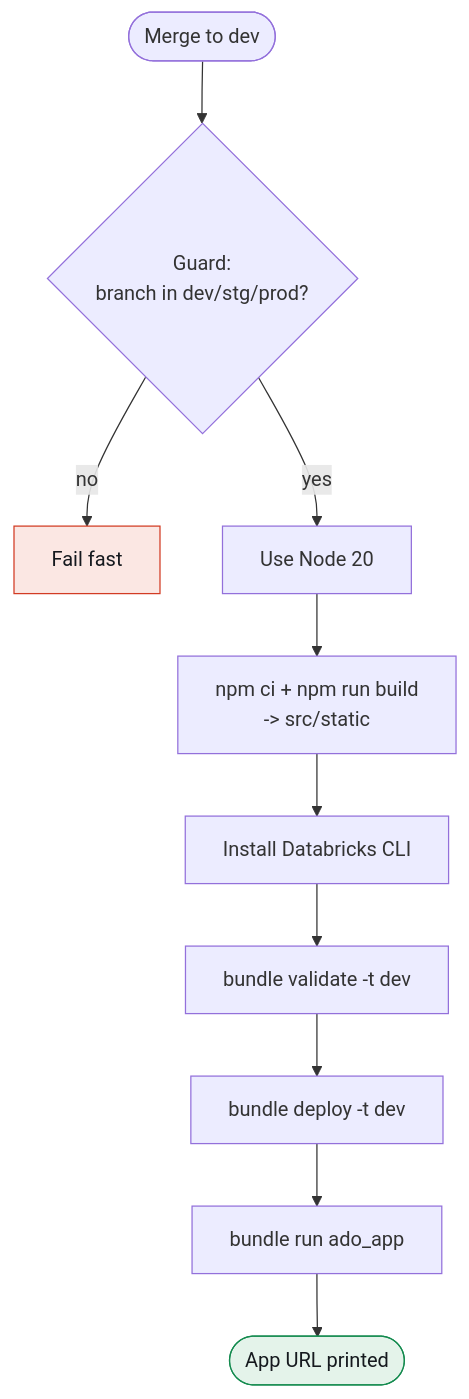
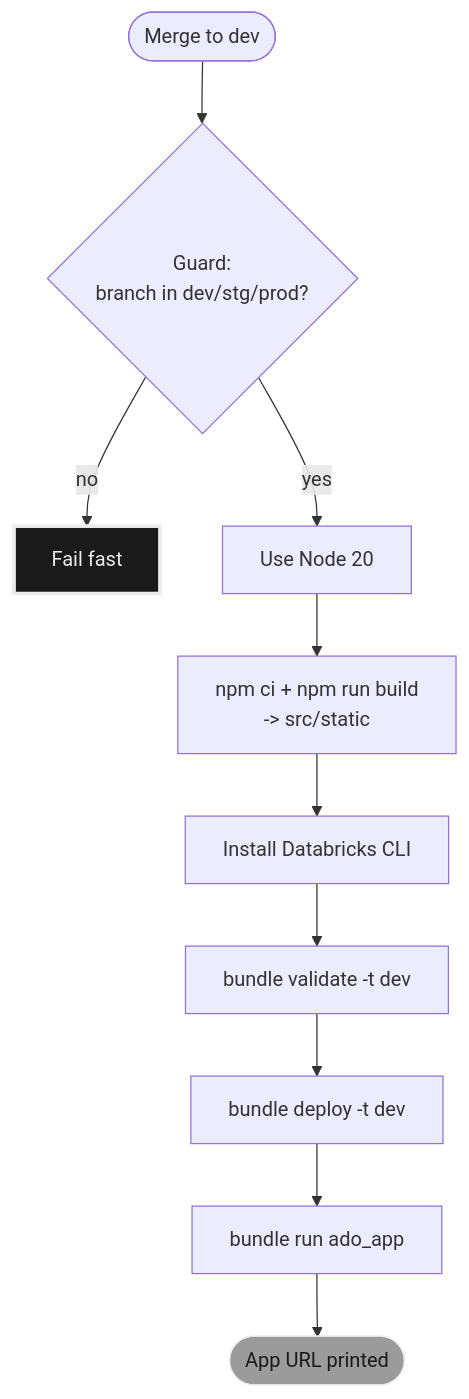
One commit to jpaladini/jpaladini changed the third of 4 diagrams in src/content/blog/building-ado-companion.md. Above: the diagram before and after it, drawn with Mermaid. The commit also changed other lines of this file and 7 other files, not shown here.

First line of the commit message:
Fix diagram error, grey diagram palette, home diagram scroll, service dates

````diff
--- a/src/content/blog/building-ado-companion.md
+++ b/src/content/blog/building-ado-companion.md
@@ -229,17 +229,17 @@
 ```mermaid
 flowchart TB
   A([Merge to dev]) --> B{Guard:<br/>branch in dev/stg/prod?}
   B -- no --> X[Fail fast]
   B -- yes --> C[Use Node 20]
   C --> D[npm ci + npm run build<br/>-> src/static]
   D --> E[Install Databricks CLI]
   E --> F[bundle validate -t dev]
   F --> G[bundle deploy -t dev]
   G --> H[bundle run ado_app]
   H --> I([App URL printed])
 
-  classDef ok fill:#E4F3EA,stroke:#138A4E,color:#15191E;
-  classDef bad fill:#FBE7E3,stroke:#D23B23,color:#15191E;
+  classDef ok fill:#9b9b9b,stroke:#ececec,color:#1a1a1a;
+  classDef bad fill:#1a1a1a,stroke:#ececec,color:#ececec,stroke-width:3px;
   class I ok;
   class X bad;
 ```
````
